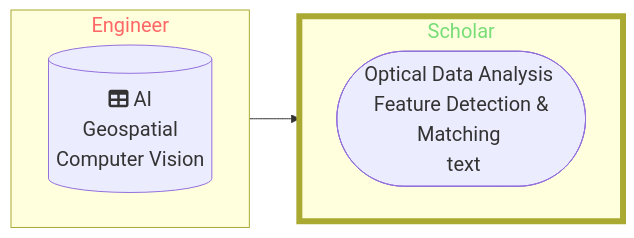
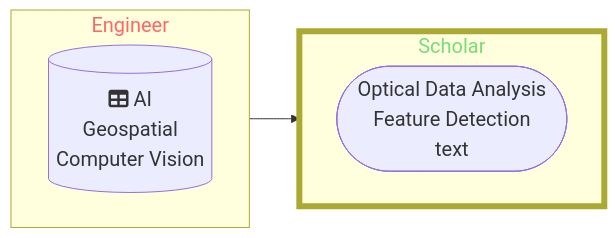
Before and after one commit to DippoldEJ/DippoldEJ: the diagram in README.md, drawn with Mermaid.

````diff
--- a/README.md
+++ b/README.md
@@ -3,26 +3,26 @@
 ```mermaid
 flowchart LR;
 %%{init: {
 	'themeVariables': { 'fontSize': '20px', 'fontFamily': 'Didot'}
 	}
 }%%
 
 subgraph n[Engineer]
         direction LR
         b[(fa:fa-table AI <br> Geospatial <br> Computer Vision)]
     end
 
 subgraph o[Scholar]
         direction LR
-        j([Optical Data Analysis <br> Feature Detection & Matching <br> text])
+        j([Optical Data Analysis <br> Feature Detection <br> text])
 
     end
  
 
 style n color:#f66
 style o stroke-width:6px
 style o color:#77DD77
 
 n-->o
 
 ```
````
